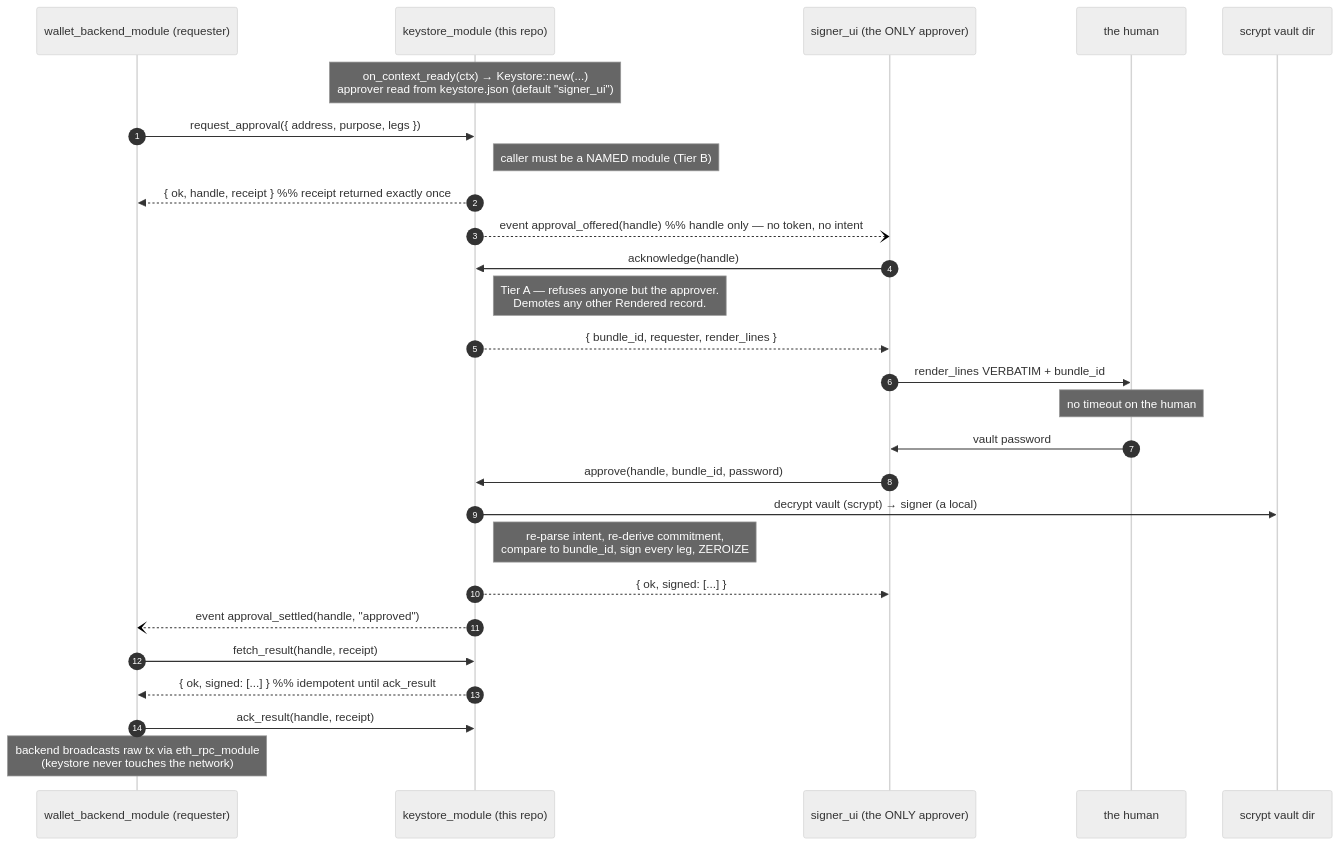
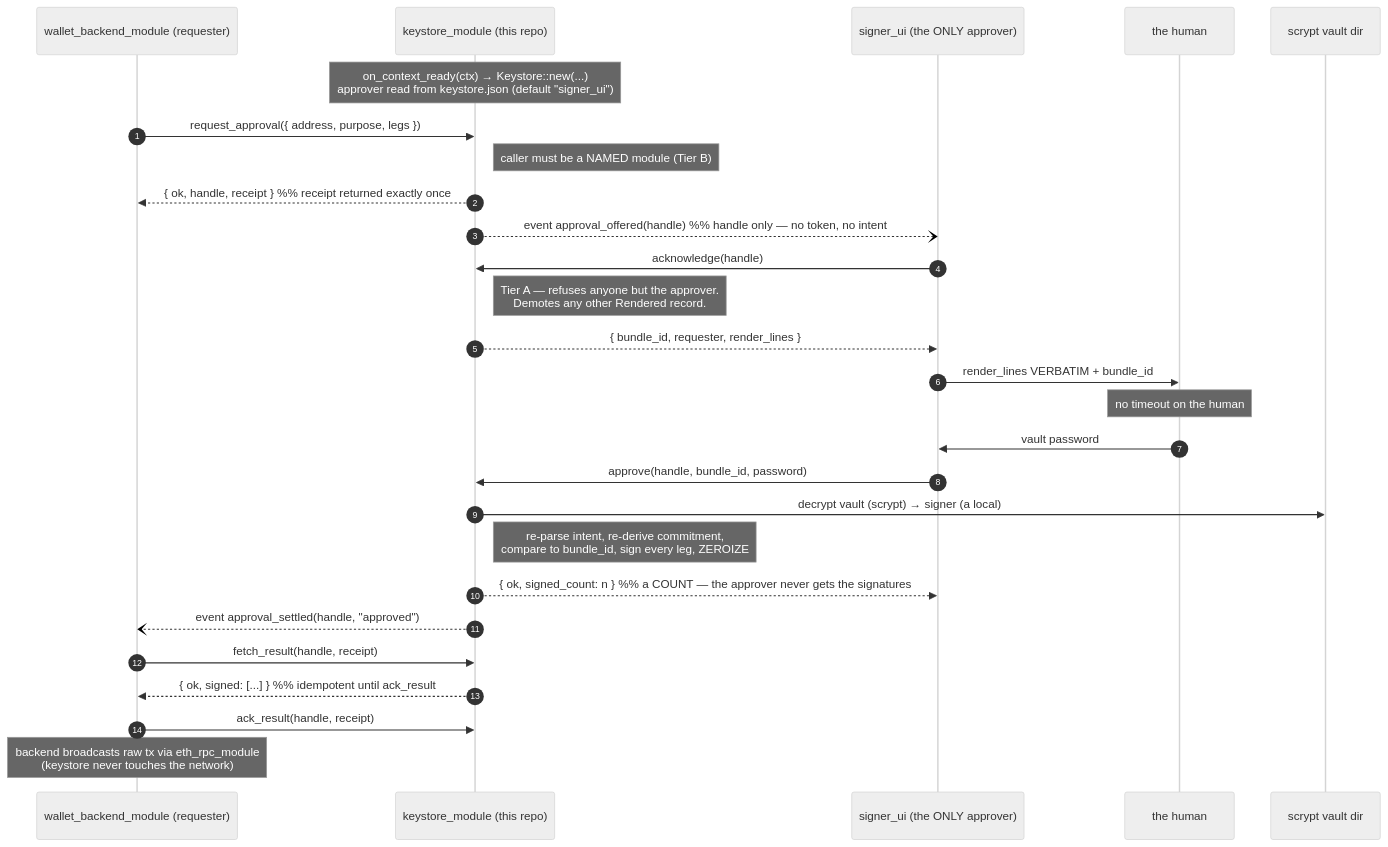
The second of 2 diagrams in docs/specs.md (logos-co/logos-evm-keystore-module), drawn with Mermaid (neutral theme) before and after one commit. The commit also changed other lines of this file and 1 other file, not shown here.

First line of the commit message:
fix(keystore): fetch_result returned 'results' while everything documented 'signed'

````diff
--- a/docs/specs.md
+++ b/docs/specs.md
@@ -131,35 +131,35 @@
 ```mermaid
 sequenceDiagram
     autonumber
     participant BE as wallet_backend_module (requester)
     participant KS as keystore_module (this repo)
     participant SU as signer_ui (the ONLY approver)
     participant H as the human
     participant DISK as scrypt vault dir
 
     Note over KS: on_context_ready(ctx) → Keystore::new(...)<br/>approver read from keystore.json (default "signer_ui")
 
     BE->>KS: request_approval({ address, purpose, legs })
     Note right of KS: caller must be a NAMED module (Tier B)
     KS-->>BE: { ok, handle, receipt }   %% receipt returned exactly once
     KS--)SU: event approval_offered(handle)   %% handle only — no token, no intent
 
     SU->>KS: acknowledge(handle)
     Note right of KS: Tier A — refuses anyone but the approver.<br/>Demotes any other Rendered record.
     KS-->>SU: { bundle_id, requester, render_lines }
     SU->>H: render_lines VERBATIM + bundle_id
     Note over H: no timeout on the human
 
     H->>SU: vault password
     SU->>KS: approve(handle, bundle_id, password)
     KS->>DISK: decrypt vault (scrypt) → signer (a local)
     Note right of KS: re-parse intent, re-derive commitment,<br/>compare to bundle_id, sign every leg, ZEROIZE
-    KS-->>SU: { ok, signed: [...] }
+    KS-->>SU: { ok, signed_count: n }   %% a COUNT — the approver never gets the signatures
     KS--)BE: event approval_settled(handle, "approved")
 
     BE->>KS: fetch_result(handle, receipt)
     KS-->>BE: { ok, signed: [...] }   %% idempotent until ack_result
     BE->>KS: ack_result(handle, receipt)
 
     Note over BE: backend broadcasts raw tx via eth_rpc_module<br/>(keystore never touches the network)
 ```
````
